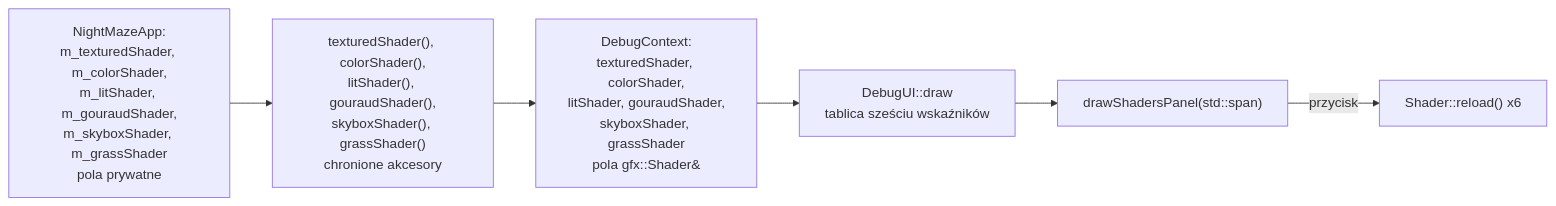
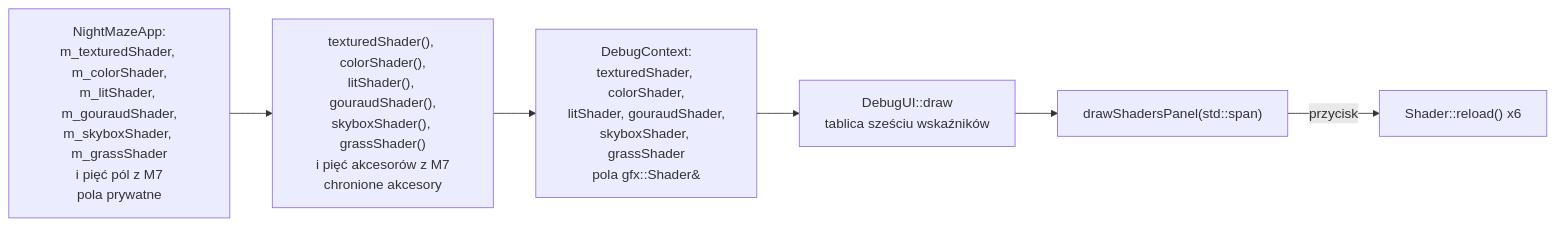
One commit to Shironex/night-maze changed the second of 3 diagrams in docs/modules/gfx/shader-hot-reload.md. Above: the diagram before and after it, drawn with Mermaid. The commit also changed other lines of this file and 90 other files, not shown here.

````diff
--- a/docs/modules/gfx/shader-hot-reload.md
+++ b/docs/modules/gfx/shader-hot-reload.md
@@ -323,8 +323,8 @@
 ```mermaid
 flowchart LR
-    Field["NightMazeApp:<br/>m_texturedShader, m_colorShader,<br/>m_litShader, m_gouraudShader,<br/>m_skyboxShader, m_grassShader<br/>pola prywatne"] --> Acc["texturedShader(), colorShader(),<br/>litShader(), gouraudShader(),<br/>skyboxShader(), grassShader()<br/>chronione akcesory"]
+    Field["NightMazeApp:<br/>m_texturedShader, m_colorShader,<br/>m_litShader, m_gouraudShader,<br/>m_skyboxShader, m_grassShader<br/>i pięć pól z M7<br/>pola prywatne"] --> Acc["texturedShader(), colorShader(),<br/>litShader(), gouraudShader(),<br/>skyboxShader(), grassShader()<br/>i pięć akcesorów z M7<br/>chronione akcesory"]
     Acc --> Ctx["DebugContext:<br/>texturedShader, colorShader,<br/>litShader, gouraudShader,<br/>skyboxShader, grassShader<br/>pola gfx::Shader&"]
     Ctx --> Draw["DebugUI::draw<br/>tablica sześciu wskaźników"]
     Draw --> Panel["drawShadersPanel(std::span)"]
     Panel -->|"przycisk"| Reload["Shader::reload() x6"]
 ```
````
